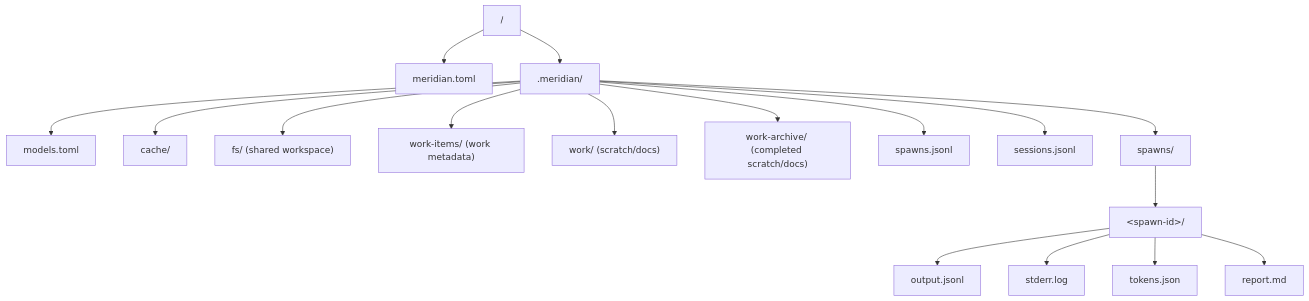
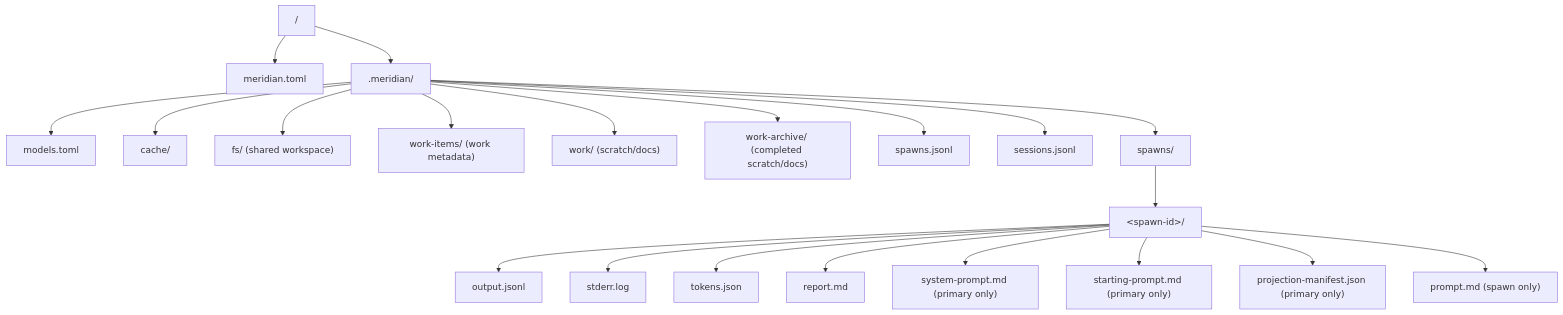
Before and after one commit to haowjy/meridian-channel: the fifth of 8 diagrams in docs/_internal/ARCHITECTURE.md, drawn with Mermaid. The commit also changed other lines of this file and 1 other file, not shown here.

Commit message:
docs: document content channel separation and observability artifacts
Update _internal docs to reflect launch content channel separation
(phases 1-3A). ARCHITECTURE.md gains new per-spawn observability
artifacts in the state model diagram and project_content() in the
harness system diagram. harness-adapters.md replaces the stale
--system-prompt reference with a full channel routing table and a new
Observability Artifacts section describing system-prompt.md,
starting-prompt.md, and projection-manifest.json.

````diff
--- a/docs/_internal/ARCHITECTURE.md
+++ b/docs/_internal/ARCHITECTURE.md
@@ -243,19 +243,23 @@
 ```mermaid
 graph TD
     Repo["<repo-root>/"] --> Config["meridian.toml"]
     Repo --> Root[".meridian/"]
     Root --> Models["models.toml"]
     Root --> Cache["cache/"]
     Root --> FS["fs/ (shared workspace)"]
     Root --> WorkItems["work-items/ (work metadata)"]
     Root --> Work["work/ (scratch/docs)"]
     Root --> WorkArchive["work-archive/ (completed scratch/docs)"]
     Root --> SpJ["spawns.jsonl"]
     Root --> SeJ["sessions.jsonl"]
     Root --> SpDir["spawns/"]
     SpDir --> Sp1["&lt;spawn-id&gt;/"]
     Sp1 --> Out["output.jsonl"]
     Sp1 --> Err["stderr.log"]
     Sp1 --> Tok["tokens.json"]
     Sp1 --> Rep["report.md"]
+    Sp1 --> SysP["system-prompt.md (primary only)"]
+    Sp1 --> StartP["starting-prompt.md (primary only)"]
+    Sp1 --> ProjM["projection-manifest.json (primary only)"]
+    Sp1 --> PrompMD["prompt.md (spawn only)"]
 ```
````
